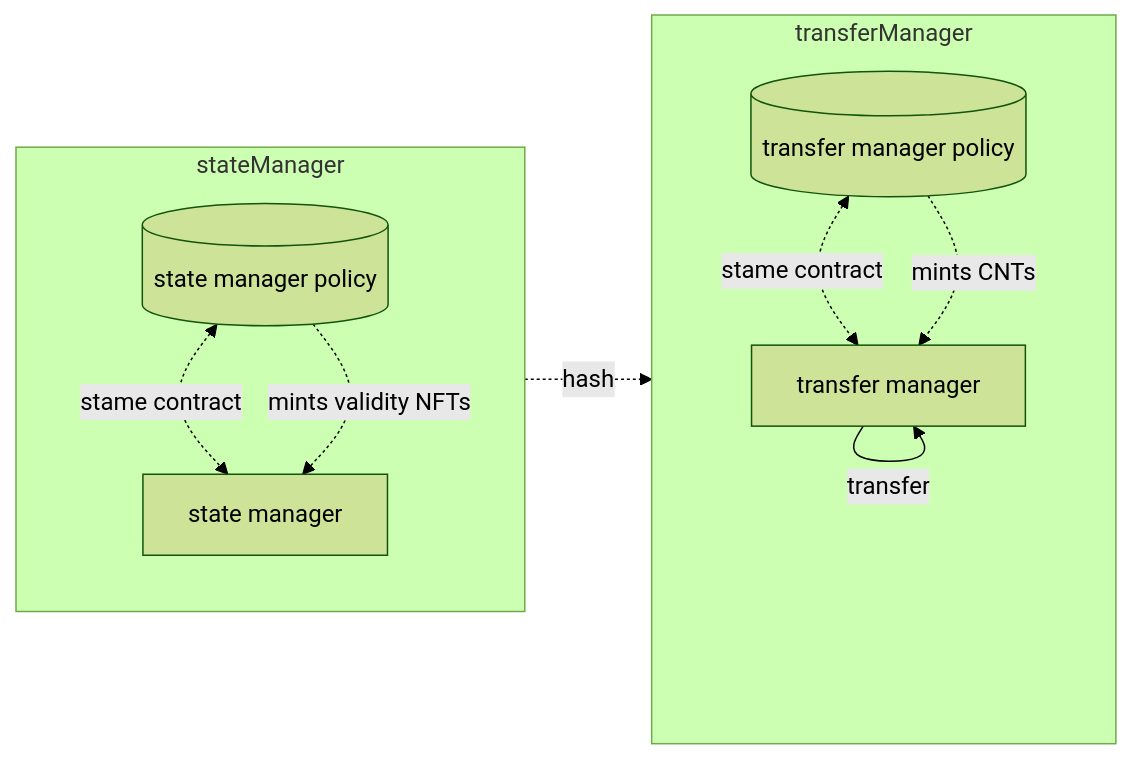
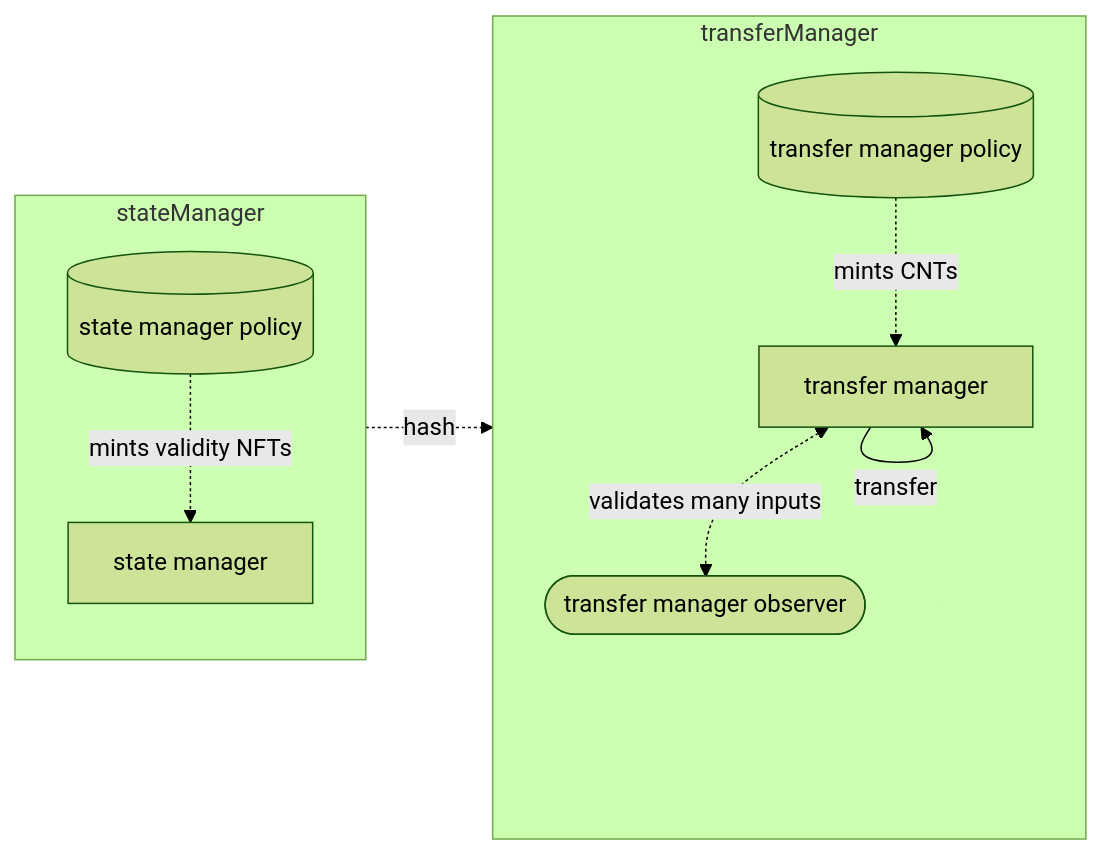
The second of 2 diagrams in CIP-meta-assets (ERC20-like assets)/README.md (cardano-foundation/CIPs), drawn with Mermaid (forest theme) before and after one commit.

Commit message:
add transfer observer

````diff
--- a/CIP-meta-assets (ERC20-like assets)/README.md
+++ b/CIP-meta-assets (ERC20-like assets)/README.md
@@ -201,27 +201,26 @@
 ```mermaid
 flowchart LR
     subgraph transferManager
         transferManagerPolicy[(transfer manager policy)]
         transferManagerContract[transfer manager]
+        transferManagerObserver([transfer manager observer])
 
-        transferManagerPolicy <-. stame contract .-> transferManagerContract
-        
         transferManagerPolicy -. mints CNTs .-> transferManagerContract
+
+        transferManagerContract <-. validates many inputs .-> transferManagerObserver 
 
         transferManagerContract -- transfer --> transferManagerContract
 
     end
 
     subgraph stateManager
         stateManagerPolicy[(state manager policy)]
         stateManagerContract[state manager]
 
-        stateManagerPolicy <-. stame contract .-> stateManagerContract
-        
         stateManagerPolicy -. mints validity NFTs .-> stateManagerContract
     end
 
     stateManager -. hash .-> transferManager
 
     
 ```
````
